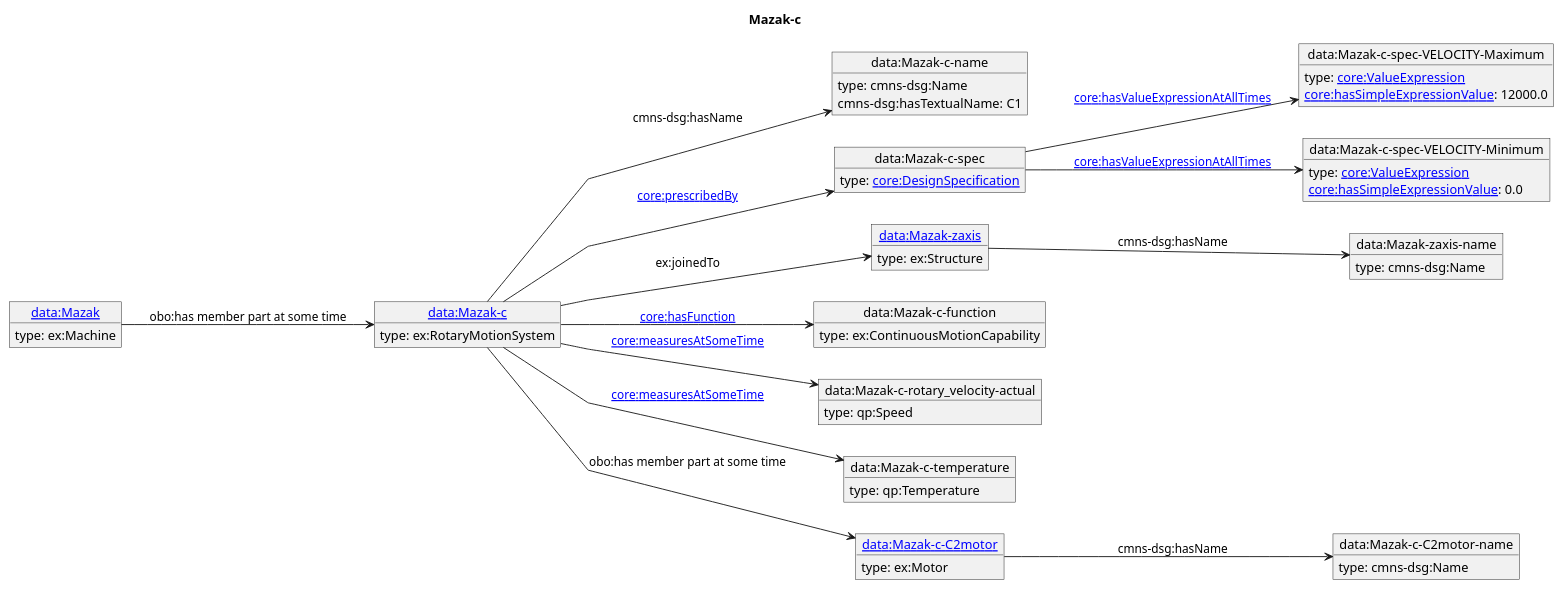
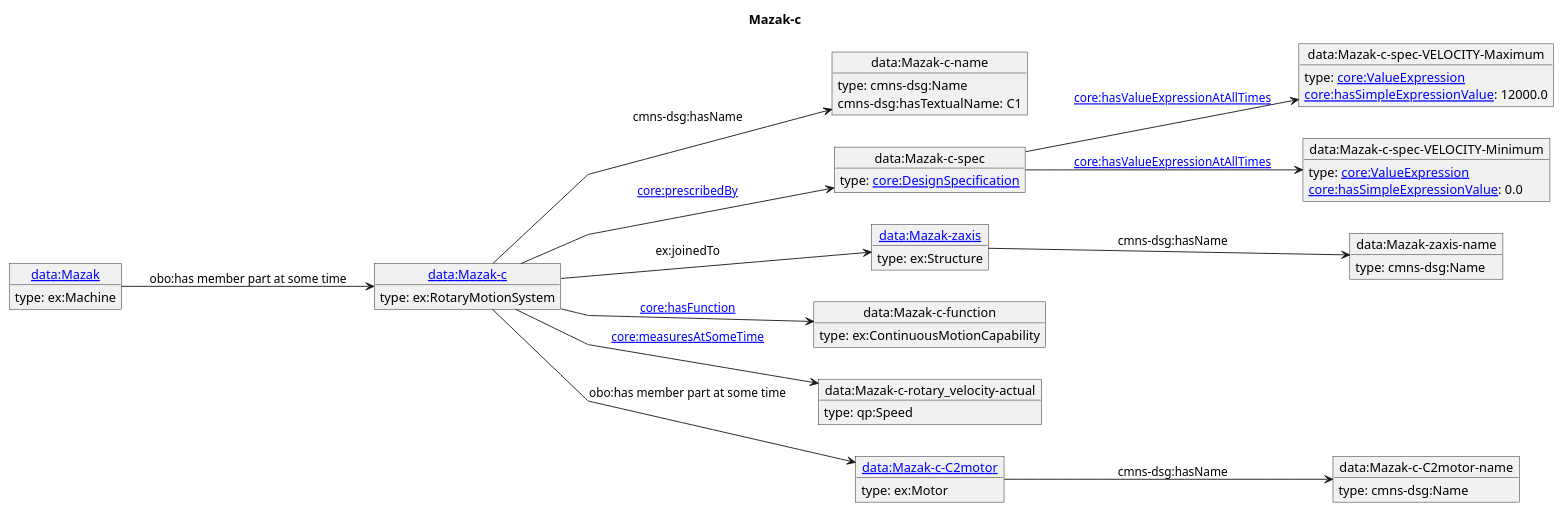
The diagram in diagrams/Mazak-c.puml (iofoundry/example-syseng-mtconnect), drawn with PlantUML before and after one commit. The commit also changed 25 other files, not shown here.

```diff
--- a/diagrams/Mazak-c.puml
+++ b/diagrams/Mazak-c.puml
@@ -1,59 +1,55 @@
 @startuml
 skinparam linetype polyline
 left to right direction
 title Mazak-c
 object "[[./Mazak-c.html data:Mazak-c]]" as o1 {
  type: ex:RotaryMotionSystem 
 }
 object "data:Mazak-c-name" as o2 {
  type: cmns-dsg:Name 
 }
 object "data:Mazak-c-spec" as o3 {
  type: [[https://spec.industrialontologies.org/ontology/core/Core/DesignSpecification core:DesignSpecification]] 
 }
 object "data:Mazak-c-spec-VELOCITY-Maximum" as o4 {
  type: [[https://spec.industrialontologies.org/ontology/core/Core/ValueExpression core:ValueExpression]] 
 }
 object "data:Mazak-c-spec-VELOCITY-Minimum" as o5 {
  type: [[https://spec.industrialontologies.org/ontology/core/Core/ValueExpression core:ValueExpression]] 
 }
 object "[[./Mazak-zaxis.html data:Mazak-zaxis]]" as o6 {
  type: ex:Structure 
 }
 object "data:Mazak-zaxis-name" as o7 {
  type: cmns-dsg:Name 
 }
 object "data:Mazak-c-function" as o8 {
  type: ex:ContinuousMotionCapability 
 }
 object "data:Mazak-c-rotary_velocity-actual" as o9 {
  type: qp:Speed 
 }
-object "data:Mazak-c-temperature" as o10 {
- type: qp:Temperature 
-}
-object "[[./Mazak-c-C2motor.html data:Mazak-c-C2motor]]" as o11 {
+object "[[./Mazak-c-C2motor.html data:Mazak-c-C2motor]]" as o10 {
  type: ex:Motor 
 }
-object "data:Mazak-c-C2motor-name" as o12 {
+object "data:Mazak-c-C2motor-name" as o11 {
  type: cmns-dsg:Name 
 }
-object "[[./Mazak.html data:Mazak]]" as o13 {
+object "[[./Mazak.html data:Mazak]]" as o12 {
  type: ex:Machine 
 }
 o1 --> o2 : cmns-dsg:hasName
 o2 : cmns-dsg:hasTextualName: C1
 o1 --> o3 : [[https://spec.industrialontologies.org/ontology/core/Core/prescribedBy core:prescribedBy]]
 o3 --> o4 : [[https://spec.industrialontologies.org/ontology/core/Core/hasValueExpressionAtAllTimes core:hasValueExpressionAtAllTimes]]
 o4 : [[https://spec.industrialontologies.org/ontology/core/Core/hasSimpleExpressionValue core:hasSimpleExpressionValue]]: 12000.0
 o3 --> o5 : [[https://spec.industrialontologies.org/ontology/core/Core/hasValueExpressionAtAllTimes core:hasValueExpressionAtAllTimes]]
 o5 : [[https://spec.industrialontologies.org/ontology/core/Core/hasSimpleExpressionValue core:hasSimpleExpressionValue]]: 0.0
 o1 --> o6 : ex:joinedTo
 o6 --> o7 : cmns-dsg:hasName
 o1 --> o8 : [[https://spec.industrialontologies.org/ontology/core/Core/hasFunction core:hasFunction]]
 o1 --> o9 : [[https://spec.industrialontologies.org/ontology/core/Core/measuresAtSomeTime core:measuresAtSomeTime]]
-o1 --> o10 : [[https://spec.industrialontologies.org/ontology/core/Core/measuresAtSomeTime core:measuresAtSomeTime]]
-o1 --> o11 : obo:has member part at some time
-o11 --> o12 : cmns-dsg:hasName
-o13 --> o1 : obo:has member part at some time
+o1 --> o10 : obo:has member part at some time
+o10 --> o11 : cmns-dsg:hasName
+o12 --> o1 : obo:has member part at some time
 @enduml
```
